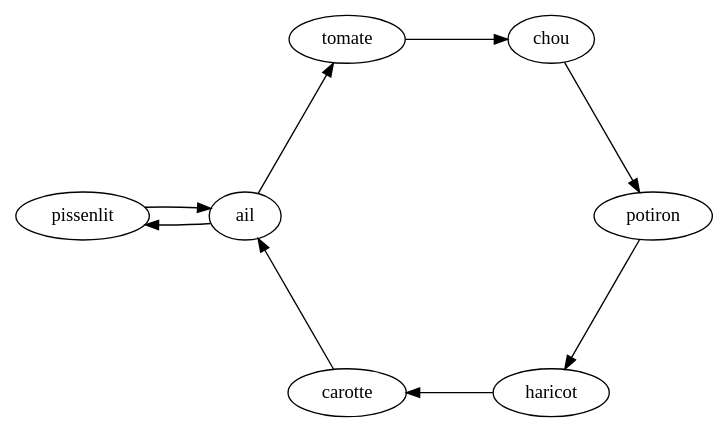
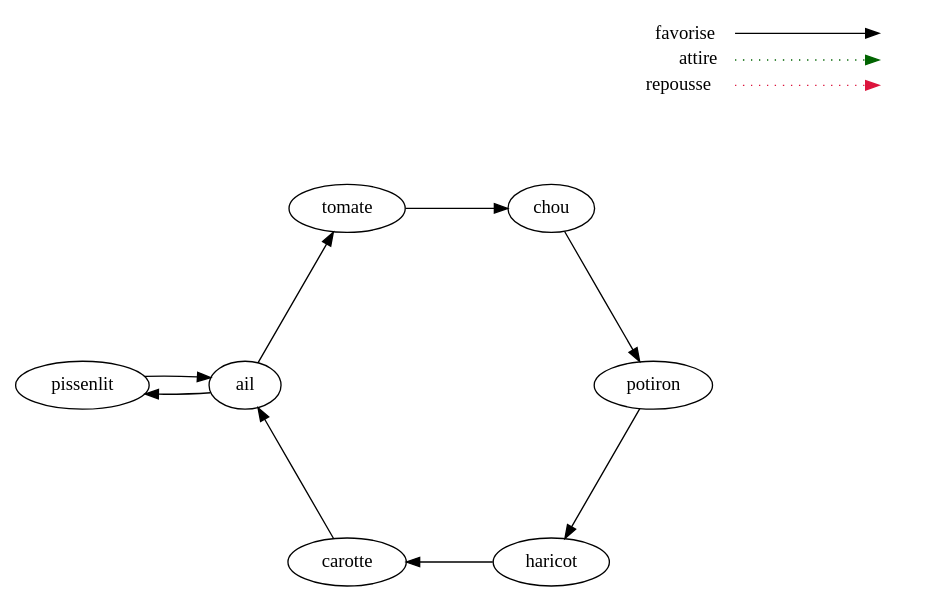
Before and after one commit to locherry/Jardin: the diagram in graph/graph.dot, drawn with Graphviz. The commit also changed 2 other files, not shown here.

```diff
--- a/graph/graph.dot
+++ b/graph/graph.dot
@@ -1,11 +1,28 @@
 digraph {
     layout="circo"
     "pissenlit" -> "ail"
     "ail" -> "tomate"
     "tomate" -> "chou"
     "chou" -> "potiron"
     "potiron" -> "haricot"
     "haricot" -> "carotte"
     "carotte" -> "ail"
     "ail" -> "pissenlit"
+
+    subgraph cluster_01 { 
+        node [shape=plaintext]
+        key [label=<<table border="0" cellpadding="2" cellspacing="0" cellborder="0">
+        <tr><td align="right" port="i1">favorise</td></tr>
+        <tr><td align="right" port="i2">attire</td></tr>
+        <tr><td align="right" port="i3">repousse</td></tr>
+        </table>>]
+        key2 [label=<<table border="0" cellpadding="2" cellspacing="0" cellborder="0">
+        <tr><td port="i1">&nbsp;</td></tr>
+        <tr><td port="i2">&nbsp;</td></tr>
+        <tr><td port="i3">&nbsp;</td></tr>
+        </table>>]
+        key:i1:e -> key2:i1:w [color=black]
+        key:i2:e -> key2:i2:w [color=darkgreen, style=dotted]
+        key:i3:e -> key2:i3:w [color=crimson, style=dotted]
+    }
 }
```
